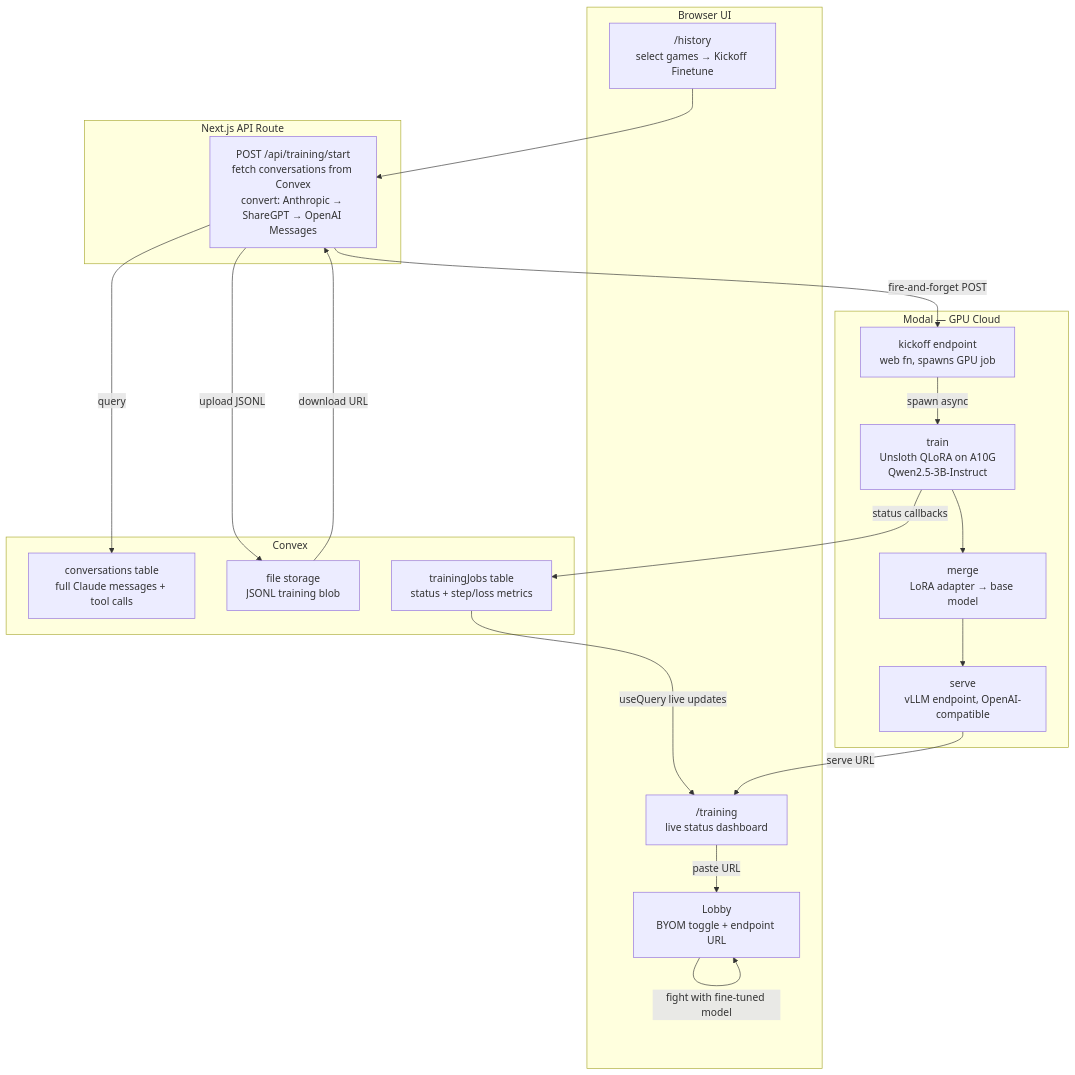
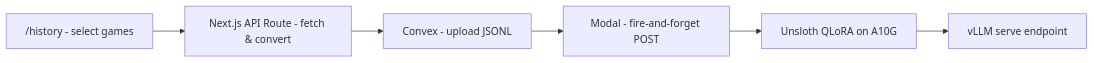
The second of 2 diagrams in README.md (RichardHruby/browser-brawl), drawn with Mermaid before and after one commit. The commit also changed other lines of this file, not shown here.

Commit message:
Update README: simplify training pipeline, add roadmap section
- Reword training validation to mention YC hackathon
- Update lobby description with browser agent + task + difficulty
- Add trace viewing bullet linking to browser-brawl.com/history
- Replace complex mermaid diagram with linear pipeline
- Remove BYOM section and one-click training steps (moved to roadmap)
- Add roadmap: BYOM, Qwen 3.5 fine-tuning, race mode, tower defense
- Fold collaborators into roadmap with Twitter and email contact info

````diff
--- a/README.md
+++ b/README.md
@@ -89,39 +90,4 @@
 ```mermaid
-flowchart TD
-  subgraph UI["Browser UI"]
-    H["/history\nselect games → Kickoff Finetune"]
-    T["/training\nlive status dashboard"]
-    L["Lobby\nBYOM toggle + endpoint URL"]
-  end
-
-  subgraph API["Next.js API Route"]
-    S["POST /api/training/start\nfetch conversations from Convex\nconvert: Anthropic → ShareGPT → OpenAI Messages"]
-  end
-
-  subgraph Convex["Convex"]
-    DB["conversations table\nfull Claude messages + tool calls"]
-    FS["file storage\nJSONL training blob"]
-    JT["trainingJobs table\nstatus + step/loss metrics"]
-  end
-
-  subgraph Modal["Modal — GPU Cloud"]
-    K["kickoff endpoint\nweb fn, spawns GPU job"]
-    TR["train\nUnsloth QLoRA on A10G\nQwen2.5-3B-Instruct"]
-    MG["merge\nLoRA adapter → base model"]
-    SV["serve\nvLLM endpoint, OpenAI-compatible"]
-  end
-
-  H --> S
-  S -->|query| DB
-  S -->|upload JSONL| FS
-  FS -->|download URL| S
-  S -->|fire-and-forget POST| K
-  K -->|spawn async| TR
-  TR -->|status callbacks| JT
-  TR --> MG
-  MG --> SV
-  JT -->|useQuery live updates| T
-  SV -->|serve URL| T
-  T -->|paste URL| L
-  L -->|fight with fine-tuned model| L
+flowchart LR
+  H["/history - select games"] --> S["Next.js API Route - fetch & convert"] --> FS["Convex - upload JSONL"] --> K["Modal - fire-and-forget POST"] --> TR["Unsloth QLoRA on A10G"] --> SV["vLLM serve endpoint"]
 ```
````
